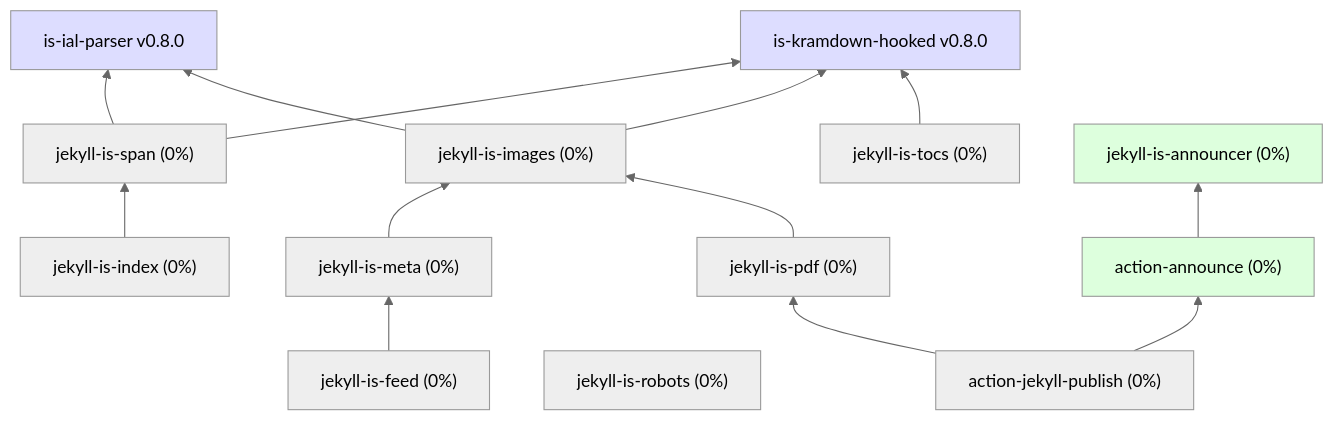
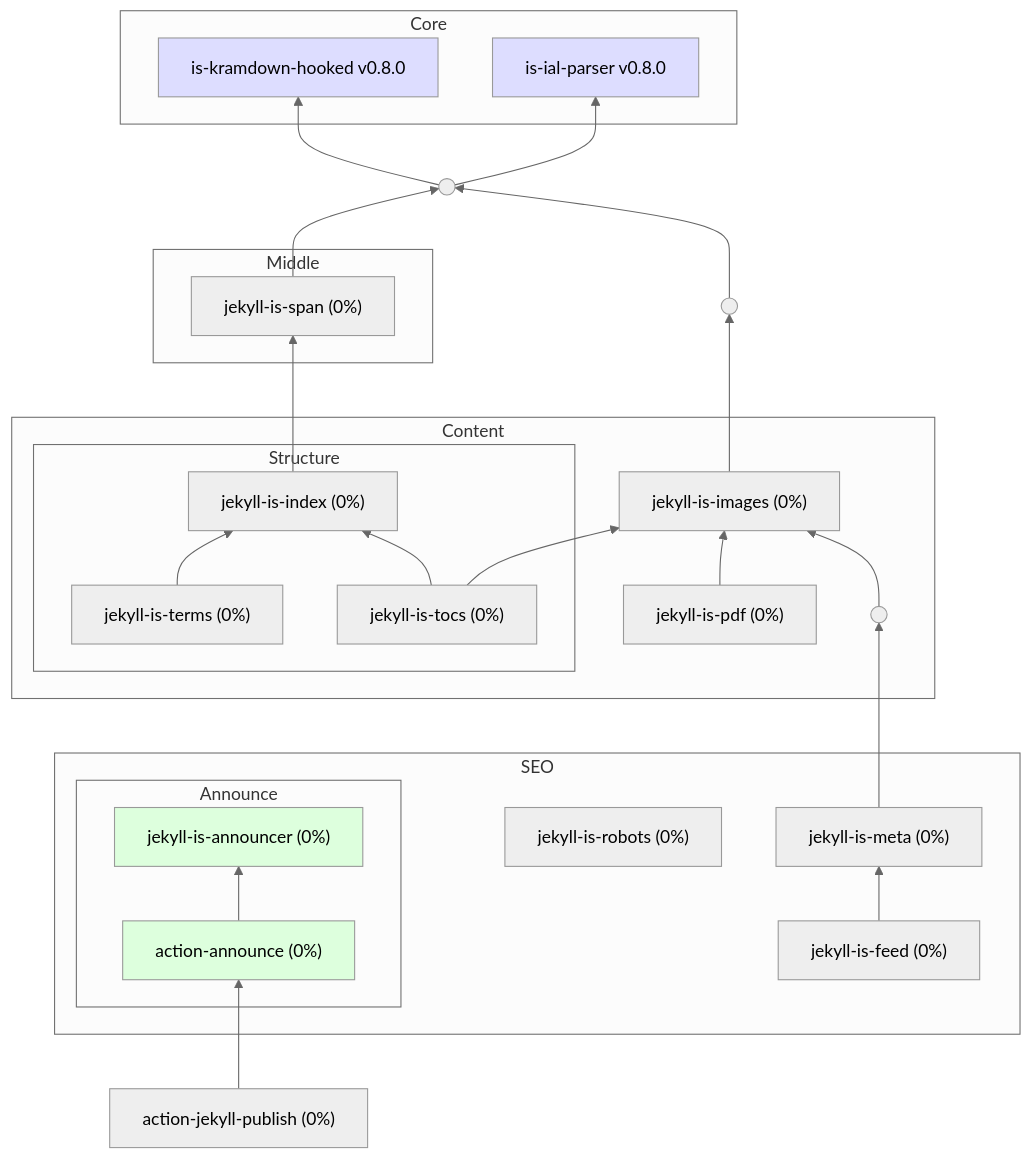
Before and after one commit to jekyll-is/.github: the diagram in profile/README.md, drawn with Mermaid (neutral theme).

````diff
--- a/profile/README.md
+++ b/profile/README.md
@@ -7,21 +7,58 @@
 ```mermaid
 graph BT
   ial["is-ial-parser v0.8.0"]
+  n0(( )) --> ial
+  n1(( )) --> n0
   kramdown["is-kramdown-hooked v0.8.0"]
-  tocs["jekyll-is-tocs (0%)"] --> kramdown
-  images["jekyll-is-images (0%)"] --> ial
-  images --> kramdown
+  n0 --> kramdown
+  images["jekyll-is-images (0%)"] --> n1
+  n3(( )) --> images
   pdf["jekyll-is-pdf (0%)"] --> images
-  meta["jekyll-is-meta (0%)"] --> images
+  span["jekyll-is-span (0%)"] --> n0
+  index["jekyll-is-index (0%)"] --> span
+  abbr["jekyll-is-terms (0%)"] --> index
+  tocs["jekyll-is-tocs (0%)"] --> images
+  tocs --> index
+  meta["jekyll-is-meta (0%)"] --> n3
   feed["jekyll-is-feed (0%)"] --> meta
-  span["jekyll-is-span (0%)"] --> ial
-  index["jekyll-is-index (0%)"] --> span
-  span --> kramdown
   robots["jekyll-is-robots (0%)"]
   announcer["jekyll-is-announcer (0%)"]
   act-announce["action-announce (0%)"] --> announcer
   publish["action-jekyll-publish (0%)"] --> act-announce
-  publish --> pdf
+
+  subgraph core [Core]
+    ial
+    kramdown
+  end
+
+  subgraph middle [Middle]
+    span
+  end
+
+  subgraph content [Content]
+    subgraph struct [Structure]
+      index
+      abbr
+      tocs
+    end
+    images
+    pdf
+    n3
+  end
+
+  subgraph seo [SEO]
+
+    meta
+    feed
+    robots
+
+    subgraph announce [Announce]
+      announcer
+      act-announce
+    end
+
+  end
+
 
 click ial "https://github.com/jekyll-is/is-ial-parser"
 click kramdown "https://github.com/jekyll-is/is-kramdown-hooked"
````
